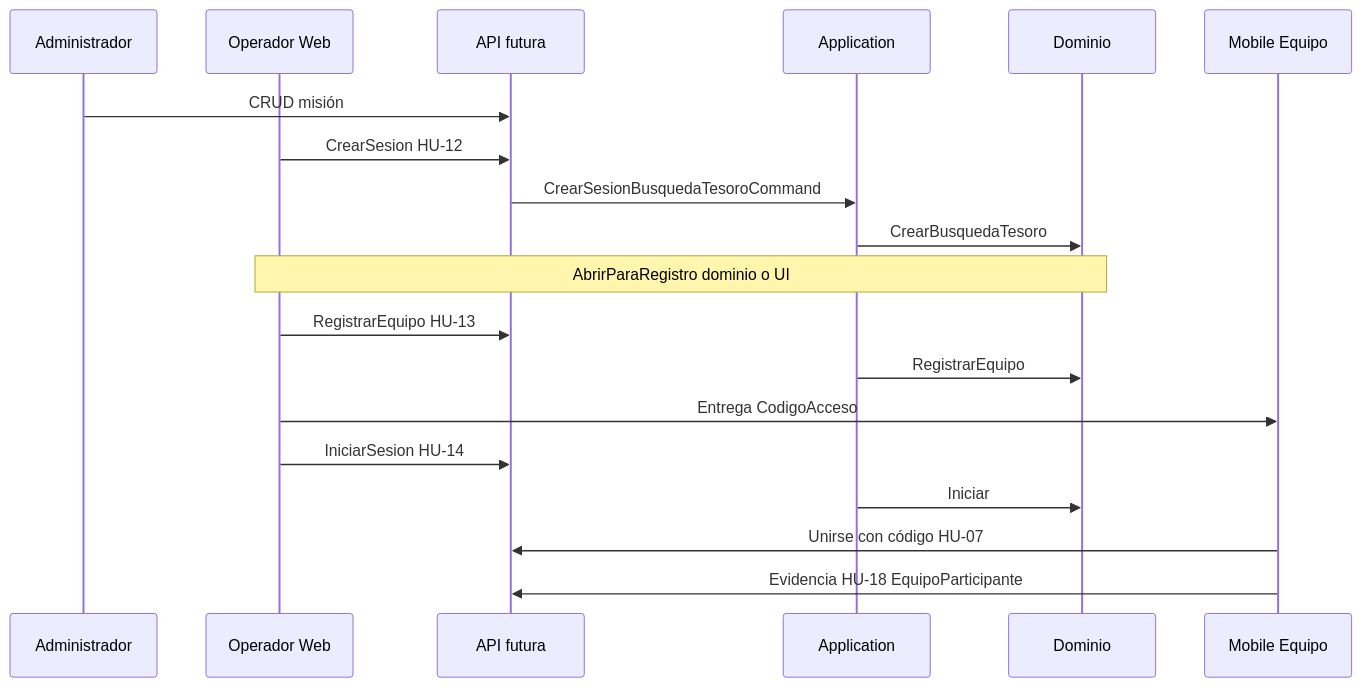
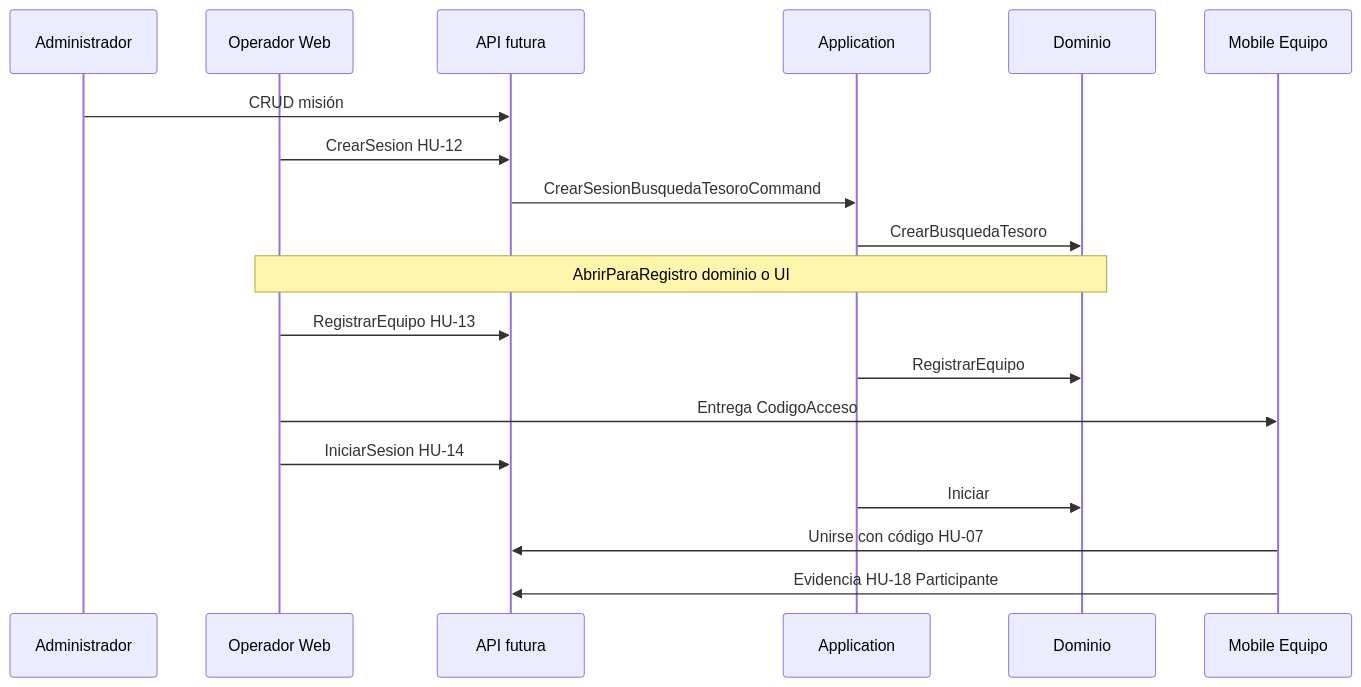
One commit to jesayago21/UMBRAL_UCAB changed the diagram in docs/archive/fases/fase-2/roles-y-autenticacion.md. Above: the diagram before and after it, drawn with Mermaid. The commit also changed other lines of this file and 313 other files, not shown here.

````diff
--- a/docs/archive/fases/fase-2/roles-y-autenticacion.md
+++ b/docs/archive/fases/fase-2/roles-y-autenticacion.md
@@ -21,22 +21,22 @@
 ```mermaid
 sequenceDiagram
     participant Admin as Administrador
     participant Op as Operador Web
     participant API as API futura
     participant App as Application
     participant Dom as Dominio
     participant Mob as Mobile Equipo
 
     Admin->>API: CRUD misión
     Op->>API: CrearSesion HU-12
     API->>App: CrearSesionBusquedaTesoroCommand
     App->>Dom: CrearBusquedaTesoro
     Note over Op,Dom: AbrirParaRegistro dominio o UI
     Op->>API: RegistrarEquipo HU-13
     App->>Dom: RegistrarEquipo
     Op->>Mob: Entrega CodigoAcceso
     Op->>API: IniciarSesion HU-14
     App->>Dom: Iniciar
     Mob->>API: Unirse con código HU-07
-    Mob->>API: Evidencia HU-18 EquipoParticipante
+    Mob->>API: Evidencia HU-18 Participante
 ```
````
